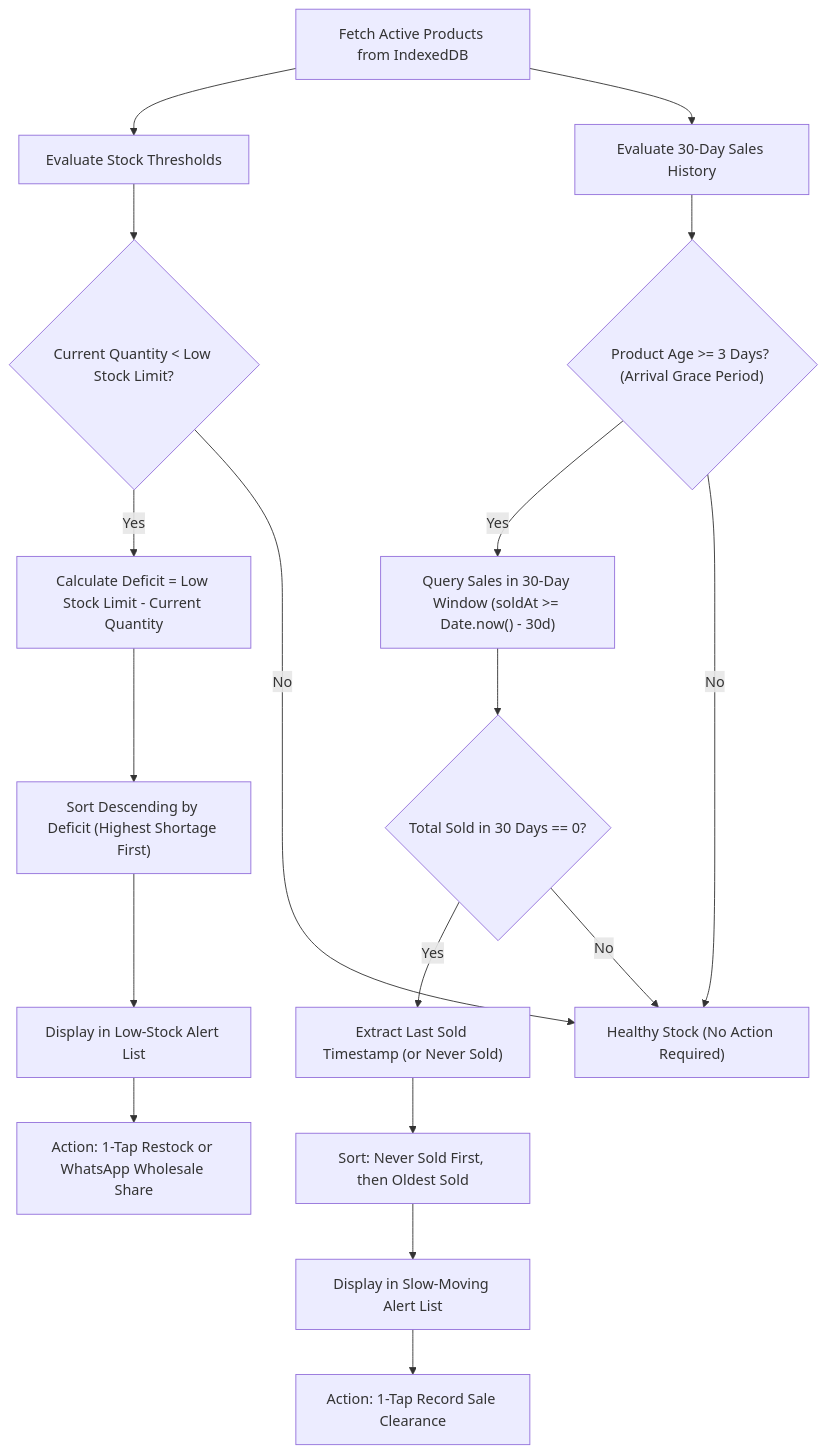
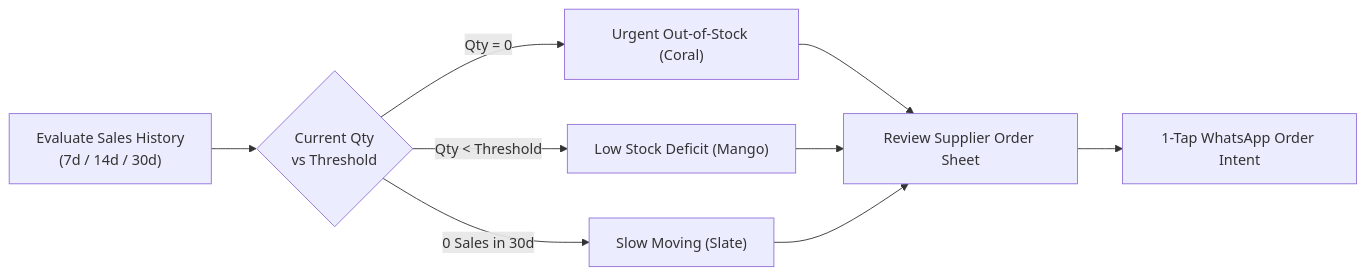
One commit to tiwari-priyanshu05/SaudaSamrat changed the fourth of 7 diagrams in README.md. Above: the diagram before and after it, drawn with Mermaid. The commit also changed other lines of this file and 76 other files, not shown here.

````diff
--- a/README.md
+++ b/README.md
@@ -269,23 +218,9 @@
 ```mermaid
-flowchart TD
-    A["Fetch Active Products from IndexedDB"] --> B["Evaluate Stock Thresholds"]
-    A --> C["Evaluate 30-Day Sales History"]
-
-    B --> D{"Current Quantity < Low Stock Limit?"}
-    D -- "Yes" --> E["Calculate Deficit = Low Stock Limit - Current Quantity"]
-    E --> F["Sort Descending by Deficit (Highest Shortage First)"]
-    F --> G["Display in Low-Stock Alert List"]
-    G --> H["Action: 1-Tap Restock or WhatsApp Wholesale Share"]
-
-    C --> I{"Product Age >= 3 Days? (Arrival Grace Period)"}
-    I -- "Yes" --> J["Query Sales in 30-Day Window (soldAt >= Date.now() - 30d)"]
-    J --> K{"Total Sold in 30 Days == 0?"}
-    K -- "Yes" --> L["Extract Last Sold Timestamp (or Never Sold)"]
-    L --> M["Sort: Never Sold First, then Oldest Sold"]
-    M --> N["Display in Slow-Moving Alert List"]
-    N --> O["Action: 1-Tap Record Sale Clearance"]
-
-    D -- "No" --> P["Healthy Stock (No Action Required)"]
-    I -- "No" --> P
-    K -- "No" --> P
+flowchart LR
+    A["Evaluate Sales History\n(7d / 14d / 30d)"] --> B{"Current Qty\nvs Threshold"}
+    B -- "Qty = 0" --> C["Urgent Out-of-Stock (Coral)"]
+    B -- "Qty < Threshold" --> D["Low Stock Deficit (Mango)"]
+    B -- "0 Sales in 30d" --> E["Slow Moving (Slate)"]
+    C & D & E --> F["Review Supplier Order Sheet"]
+    F --> G["1-Tap WhatsApp Order Intent"]
 ```
````
